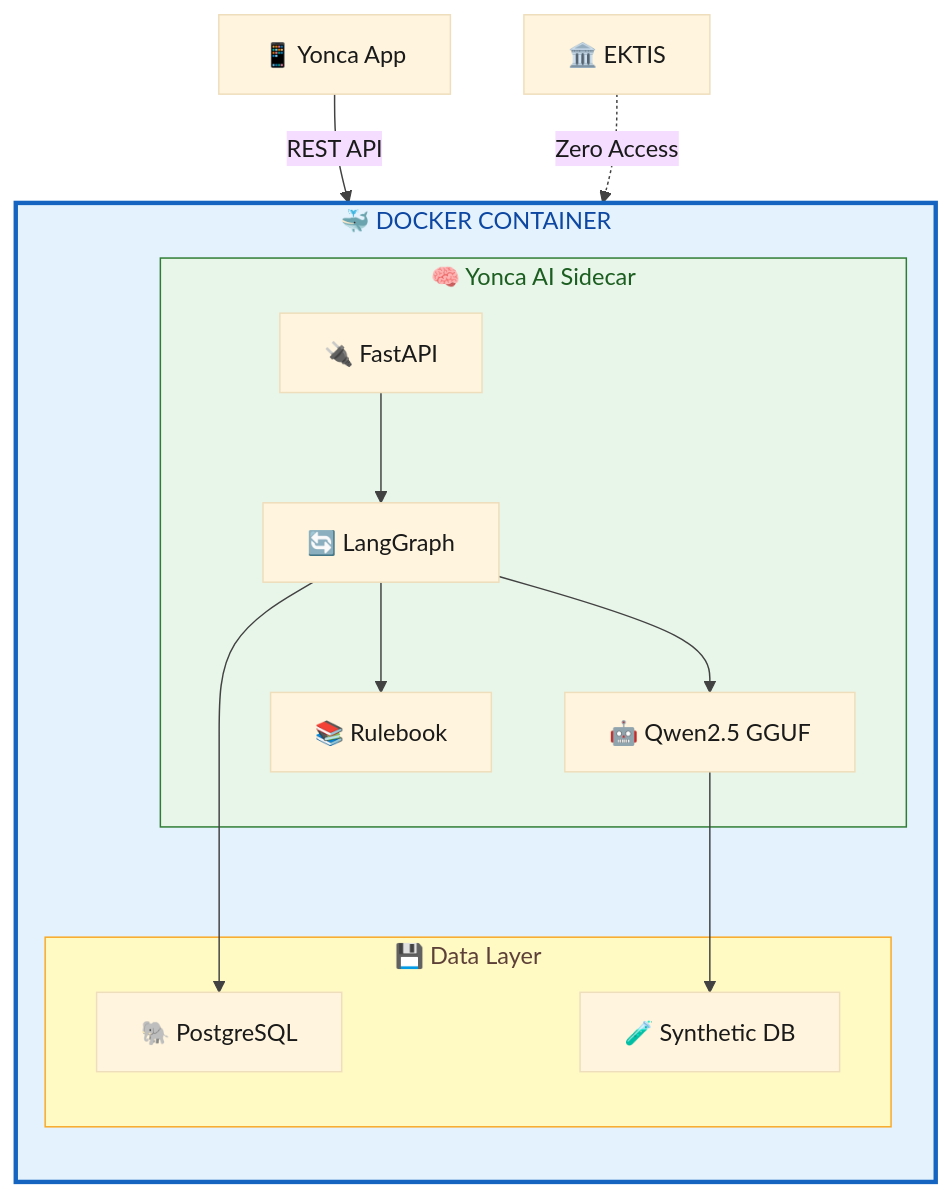
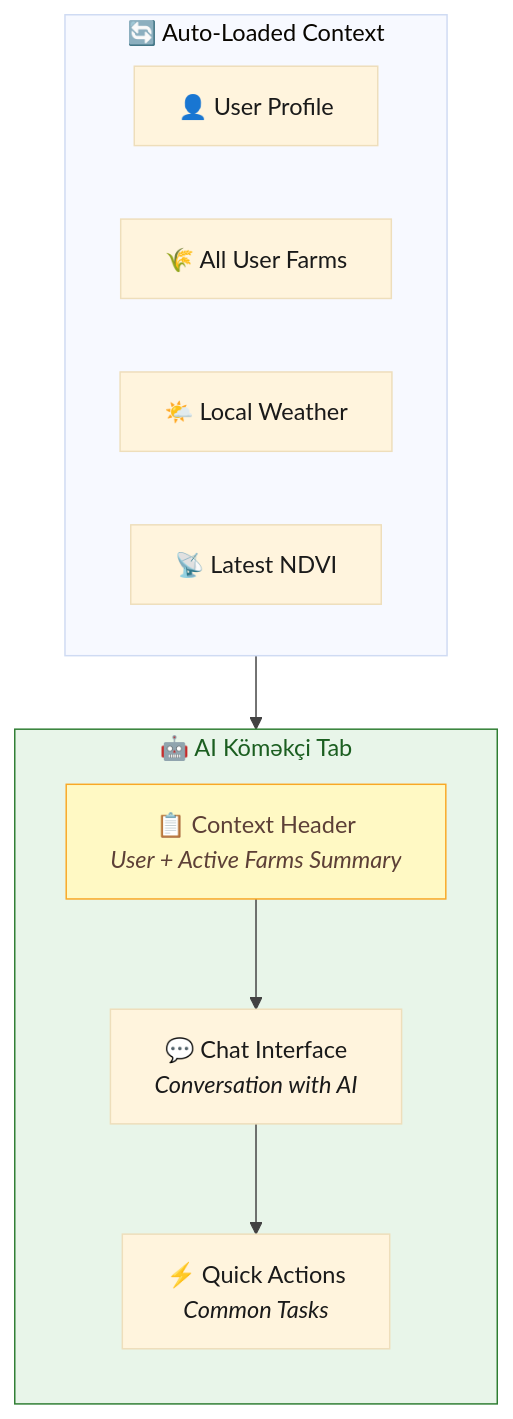
Before and after one commit to Px8Studio/yonja: the second of 3 diagrams in docs/zekalab/01-MANIFESTO.md, drawn with Mermaid. The commit also changed other lines of this file and 3 other files, not shown here.

Commit message:
Refactor UI/UX documentation to enhance clarity, including new navigation tab for AI Assistant and detailed design principles for user and farm profiles.

````diff
--- a/docs/zekalab/01-MANIFESTO.md
+++ b/docs/zekalab/01-MANIFESTO.md
@@ -76,31 +111,24 @@
 ```mermaid
 %%{init: {'theme': 'base', 'themeVariables': { 'primaryTextColor': '#1a1a1a', 'lineColor': '#424242'}}}%%
-graph TB
-    subgraph docker["🐳 DOCKER CONTAINER"]
+flowchart TB
+    subgraph tab["🤖 AI Köməkçi Tab"]
         direction TB
-        subgraph sidecar["🧠 Yonca AI Sidecar"]
-            api["🔌 FastAPI"]
-            lang["🔄 LangGraph"]
-            llm["🤖 Qwen2.5 GGUF"]
-            rules["📚 Rulebook"]
-        end
-        subgraph data["💾 Data Layer"]
-            pg["🐘 PostgreSQL"]
-            syn["🧪 Synthetic DB"]
-        end
-        api --> lang --> llm
-        lang --> rules
-        lang --> pg
-        llm --> syn
+        context["📋 Context Header<br/><i>User + Active Farms Summary</i>"]
+        chat["💬 Chat Interface<br/><i>Conversation with AI</i>"]
+        quick["⚡ Quick Actions<br/><i>Common Tasks</i>"]
+        
+        context --> chat --> quick
     end
     
-    mobile["📱 Yonca App"]
-    ektis["🏛️ EKTIS"]
+    subgraph data["🔄 Auto-Loaded Context"]
+        user["👤 User Profile"]
+        farms2["🌾 All User Farms"]
+        weather["🌤️ Local Weather"]
+        ndvi["📡 Latest NDVI"]
+    end
     
-    mobile -->|"REST API"| docker
-    ektis -.->|"Zero Access"| docker
+    data --> context
     
-    style docker fill:#e3f2fd,stroke:#1565c0,stroke-width:3px,color:#0d47a1
-    style sidecar fill:#e8f5e9,stroke:#2e7d32,color:#1b5e20
-    style data fill:#fff9c4,stroke:#f9a825,color:#5d4037
+    style tab fill:#e8f5e9,stroke:#2e7d32,color:#1b5e20
+    style context fill:#fff9c4,stroke:#f9a825,color:#5d4037
 ```
````
